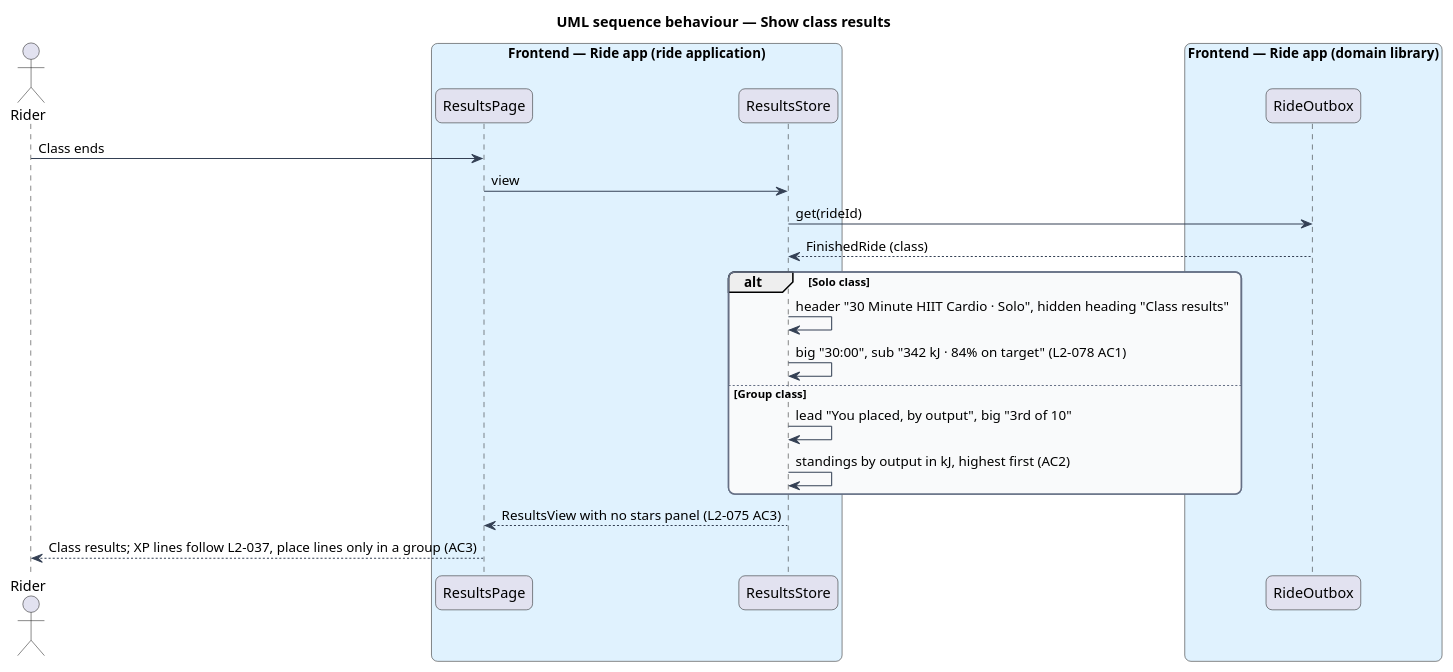
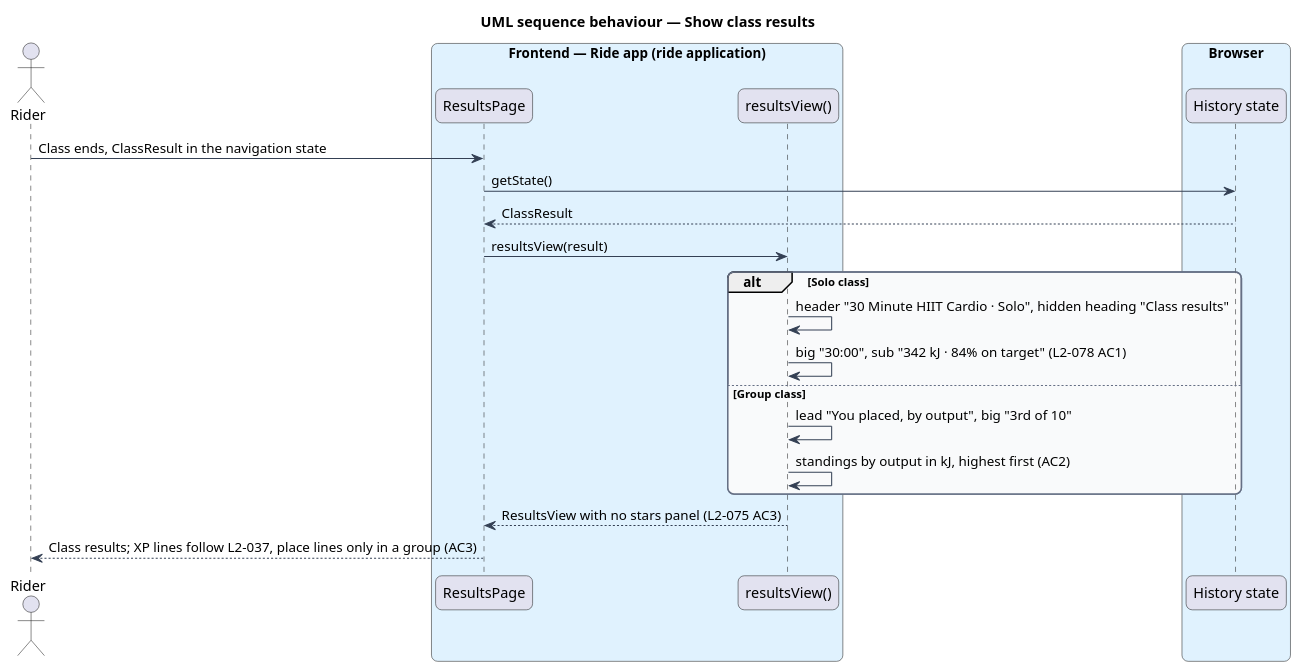
One commit to QuinntyneBrown/ride-one changed the diagram in docs/detailed-designs/results/show-results/diagrams/sequence-show-class-results.puml. Above: the diagram before and after it, drawn with PlantUML. The commit also changed 8 other files, not shown here.

First line of the commit message:
Align slice 11.1's design: results from the navigation state

```diff
--- a/docs/detailed-designs/results/show-results/diagrams/sequence-show-class-results.puml
+++ b/docs/detailed-designs/results/show-results/diagrams/sequence-show-class-results.puml
@@ -1,38 +1,38 @@
 @startuml
 title UML sequence behaviour — Show class results
 skinparam backgroundColor #FFFFFF
 skinparam shadowing false
 skinparam roundcorner 12
 skinparam defaultFontName Arial
 skinparam ArrowColor #344054
 skinparam rectangle {
   BorderColor #344054
   FontColor #101828
 }
 skinparam package {
   BorderColor #667085
   FontColor #101828
   BackgroundColor #F9FAFB
 }
 actor "Rider" as actor
 box "Frontend — Ride app (ride application)" #E0F2FE
   participant "ResultsPage" as page
-  participant "ResultsStore" as store
+  participant "resultsView()" as store
 end box
-box "Frontend — Ride app (domain library)" #E0F2FE
-  participant "RideOutbox" as outbox
+box "Browser" #E0F2FE
+  participant "History state" as outbox
 end box
-actor -> page : Class ends
-page -> store : view
-store -> outbox : get(rideId)
-outbox --> store : FinishedRide (class)
+actor -> page : Class ends, ClassResult in the navigation state
+page -> outbox : getState()
+outbox --> page : ClassResult
+page -> store : resultsView(result)
 alt Solo class
   store -> store : header "30 Minute HIIT Cardio · Solo", hidden heading "Class results"
   store -> store : big "30:00", sub "342 kJ · 84% on target" (L2-078 AC1)
 else Group class
   store -> store : lead "You placed, by output", big "3rd of 10"
   store -> store : standings by output in kJ, highest first (AC2)
 end
 store --> page : ResultsView with no stars panel (L2-075 AC3)
 page --> actor : Class results; XP lines follow L2-037, place lines only in a group (AC3)
 @enduml
```
